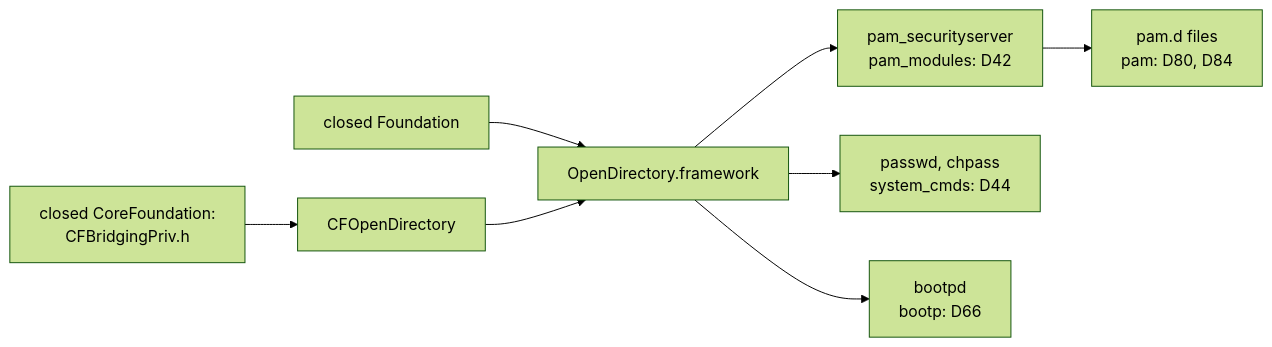
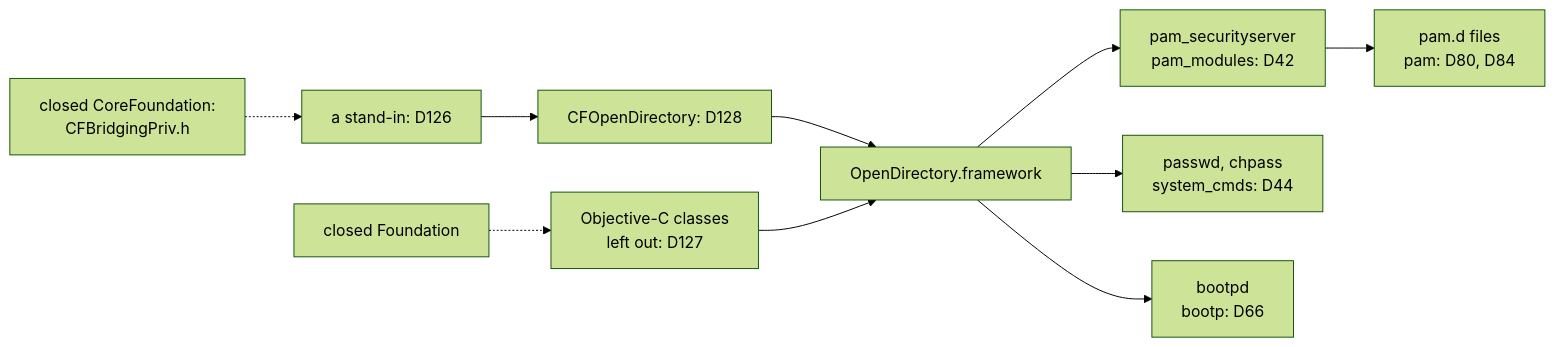
One commit to nyg/PowerDarwin changed the second of 2 diagrams in docs/src/synthesis/kinds-of-deviation.md. Above: the diagram before and after it, drawn with Mermaid (forest theme). The commit also changed other lines of this file and 27 other files, not shown here.

Commit message:
feat: build OpenDirectory, and with it passwd, chpass and pam_securityserver

````diff
--- a/docs/src/synthesis/kinds-of-deviation.md
+++ b/docs/src/synthesis/kinds-of-deviation.md
@@ -211,10 +211,12 @@
 ```mermaid
 flowchart LR
-    CF["closed CoreFoundation:<br/>CFBridgingPriv.h"] --> CFOD[CFOpenDirectory]
-    FND[closed Foundation] --> OD[OpenDirectory.framework]
-    CFOD --> OD
+    CF["closed CoreFoundation:<br/>CFBridgingPriv.h"] -.-> SI["a stand-in: D126"]
+    SI --> CFOD["CFOpenDirectory: D128"]
+    FND[closed Foundation] -.-> OC["Objective-C classes<br/>left out: D127"]
+    CFOD --> OD[OpenDirectory.framework]
+    OC --> OD
     OD --> PSS["pam_securityserver<br/>pam_modules: D42"]
     OD --> PW["passwd, chpass<br/>system_cmds: D44"]
     OD --> BP["bootpd<br/>bootp: D66"]
     PSS --> PAM["pam.d files<br/>pam: D80, D84"]
 ```
````
